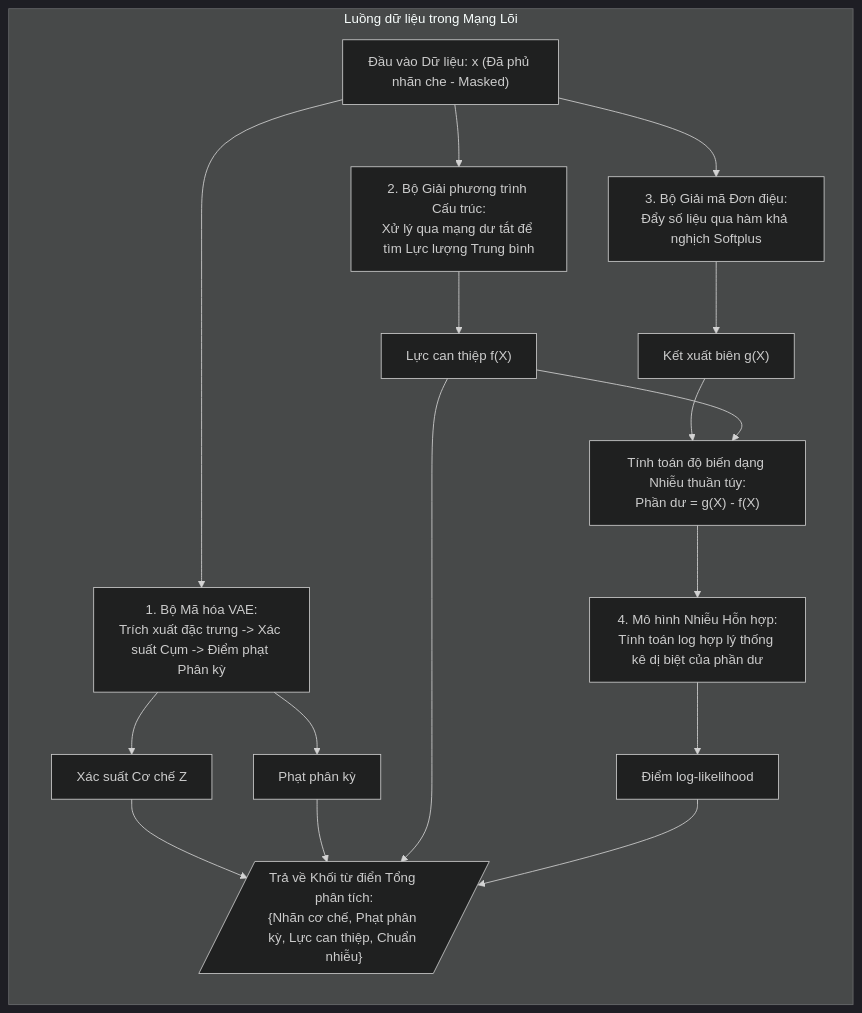
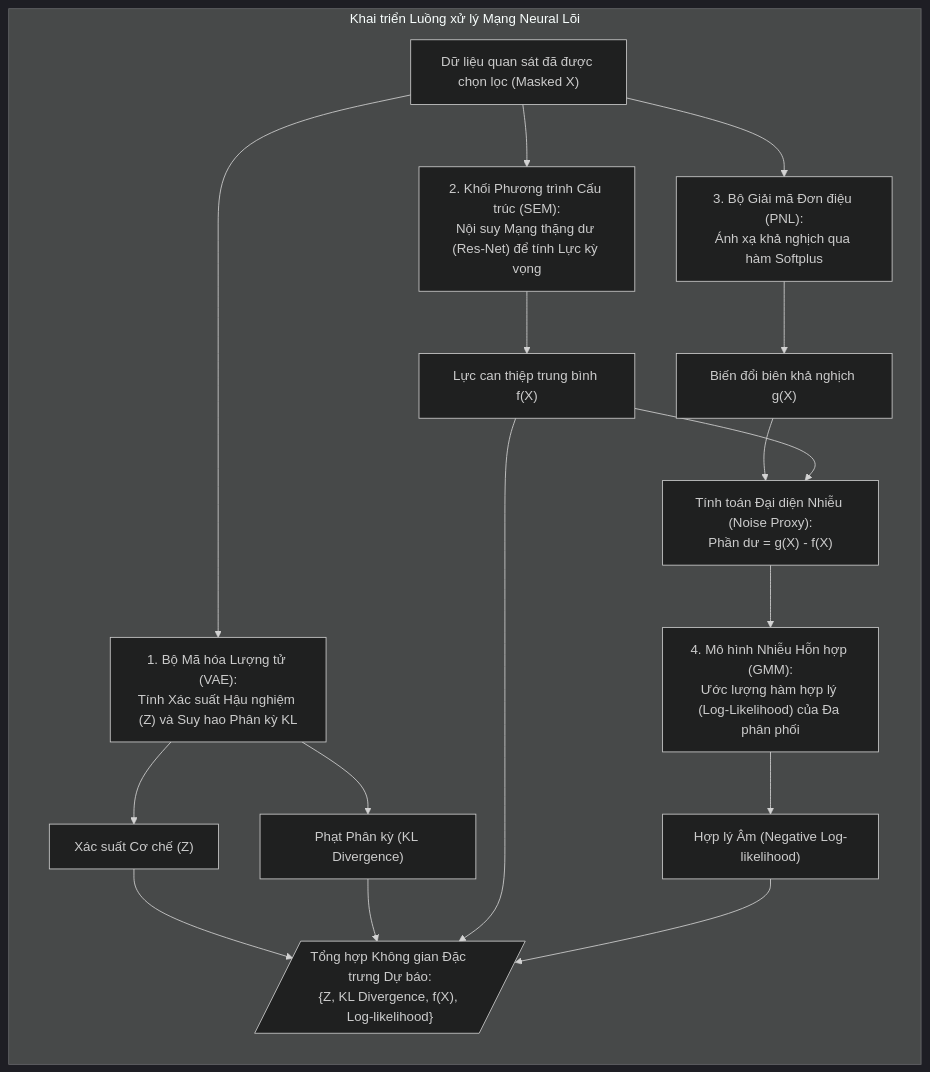
Before and after one commit to manhthai1706/DeepANM: the third of 6 diagrams in docx/Chuong2_MoHinhDeepANM.md, drawn with Mermaid (dark theme). The commit also changed other lines of this file, not shown here.

````diff
--- a/docx/Chuong2_MoHinhDeepANM.md
+++ b/docx/Chuong2_MoHinhDeepANM.md
@@ -85,29 +85,29 @@
 ```mermaid
 graph TD
-    X["Đầu vào Dữ liệu: x (Đã phủ nhãn che - Masked)"]
+    X["Dữ liệu quan sát đã được chọn lọc (Masked X)"]
     
-    subgraph MLP_Forward ["Luồng dữ liệu trong Mạng Lõi"]
+    subgraph MLP_Forward ["Khai triển Luồng xử lý Mạng Neural Lõi"]
         direction TB
         
-        X --> Step1_Enc["1. Bộ Mã hóa VAE:<br/>Trích xuất đặc trưng -> Xác suất Cụm -> Điểm phạt Phân kỳ"]
-        Step1_Enc --> z_soft["Xác suất Cơ chế Z"]
-        Step1_Enc --> kl_loss["Phạt phân kỳ"]
+        X --> Step1_Enc["1. Bộ Mã hóa Lượng tử (VAE):<br/>Tính Xác suất Hậu nghiệm (Z) và Suy hao Phân kỳ KL"]
+        Step1_Enc --> z_soft["Xác suất Cơ chế (Z)"]
+        Step1_Enc --> kl_loss["Phạt Phân kỳ (KL Divergence)"]
         
-        X --> Step2_SEM["2. Bộ Giải phương trình Cấu trúc:<br/>Xử lý qua mạng dư tắt để tìm Lực lượng Trung bình"]
-        Step2_SEM --> mu["Lực can thiệp f(X)"]
+        X --> Step2_SEM["2. Khối Phương trình Cấu trúc (SEM):<br/>Nội suy Mạng thặng dư (Res-Net) để tính Lực kỳ vọng"]
+        Step2_SEM --> mu["Lực can thiệp trung bình f(X)"]
         
-        X --> Step3_Dec["3. Bộ Giải mã Đơn điệu:<br/>Đẩy số liệu qua hàm khả nghịch Softplus"]
-        Step3_Dec --> g_x["Kết xuất biên g(X)"]
+        X --> Step3_Dec["3. Bộ Giải mã Đơn điệu (PNL):<br/>Ánh xạ khả nghịch qua hàm Softplus"]
+        Step3_Dec --> g_x["Biến đổi biên khả nghịch g(X)"]
         
-        g_x --> CalcProxy["Tính toán độ biến dạng Nhiễu thuần túy:<br/>Phần dư = g(X) - f(X)"]
+        g_x --> CalcProxy["Tính toán Đại diện Nhiễu (Noise Proxy):<br/>Phần dư = g(X) - f(X)"]
         mu --> CalcProxy
         
-        CalcProxy --> Step4_Noise["4. Mô hình Nhiễu Hỗn hợp:<br/>Tính toán log hợp lý thống kê dị biệt của phần dư"]
-        Step4_Noise --> log_prob_noise["Điểm log-likelihood"]
+        CalcProxy --> Step4_Noise["4. Mô hình Nhiễu Hỗn hợp (GMM):<br/>Ước lượng hàm hợp lý (Log-Likelihood) của Đa phân phối"]
+        Step4_Noise --> log_prob_noise["Hợp lý Âm (Negative Log-likelihood)"]
         
-        z_soft --> Output[/"Trả về Khối từ điển Tổng phân tích:<br/>{Nhãn cơ chế, Phạt phân kỳ, Lực can thiệp, Chuẩn nhiễu}"/]
+        z_soft --> Output[/"Tổng hợp Không gian Đặc trưng Dự báo:<br/>{Z, KL Divergence, f(X), Log-likelihood}"/]
         kl_loss --> Output
         mu --> Output
         log_prob_noise --> Output
     end
 ```
````
